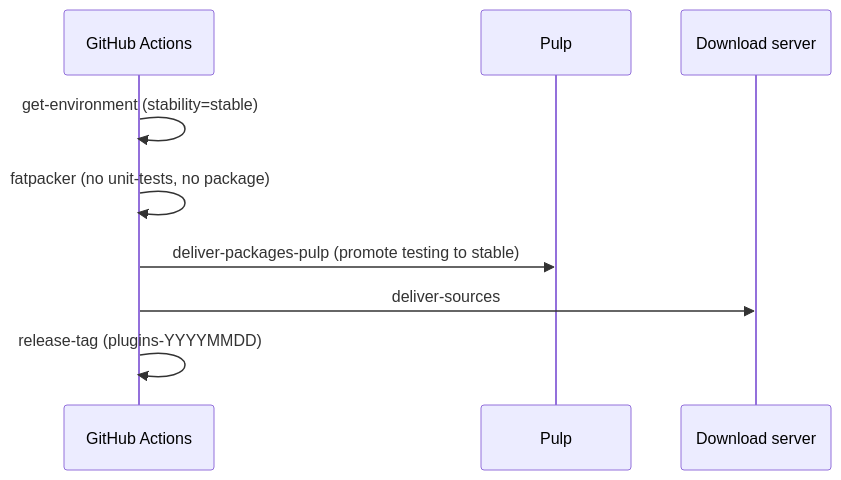
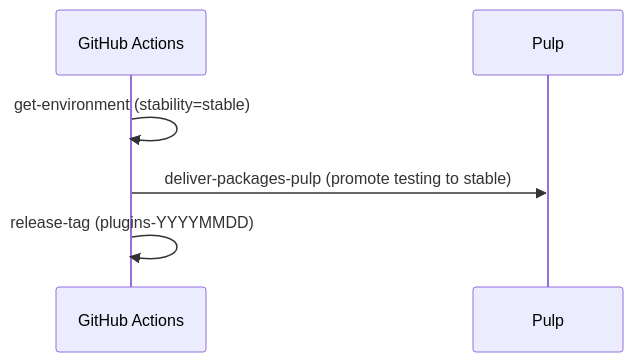
One commit to centreon/centreon-plugins changed the seventh of 7 diagrams in doc/en/developer/plugins-ci.md. Above: the diagram before and after it, drawn with Mermaid. The commit also changed other lines of this file and 3 other files, not shown here.

First line of the commit message:
chore(ci): remove plugins deliver-sources job

````diff
--- a/doc/en/developer/plugins-ci.md
+++ b/doc/en/developer/plugins-ci.md
@@ -380,12 +372,9 @@
 ```mermaid
 sequenceDiagram
     participant GH as GitHub Actions
     participant PULP as Pulp
-    participant DL as Download server
 
     GH->>GH: get-environment (stability=stable)
-    GH->>GH: fatpacker (no unit-tests, no package)
     GH->>PULP: deliver-packages-pulp (promote testing to stable)
-    GH->>DL: deliver-sources
     GH->>GH: release-tag (plugins-YYYYMMDD)
 ```
````
